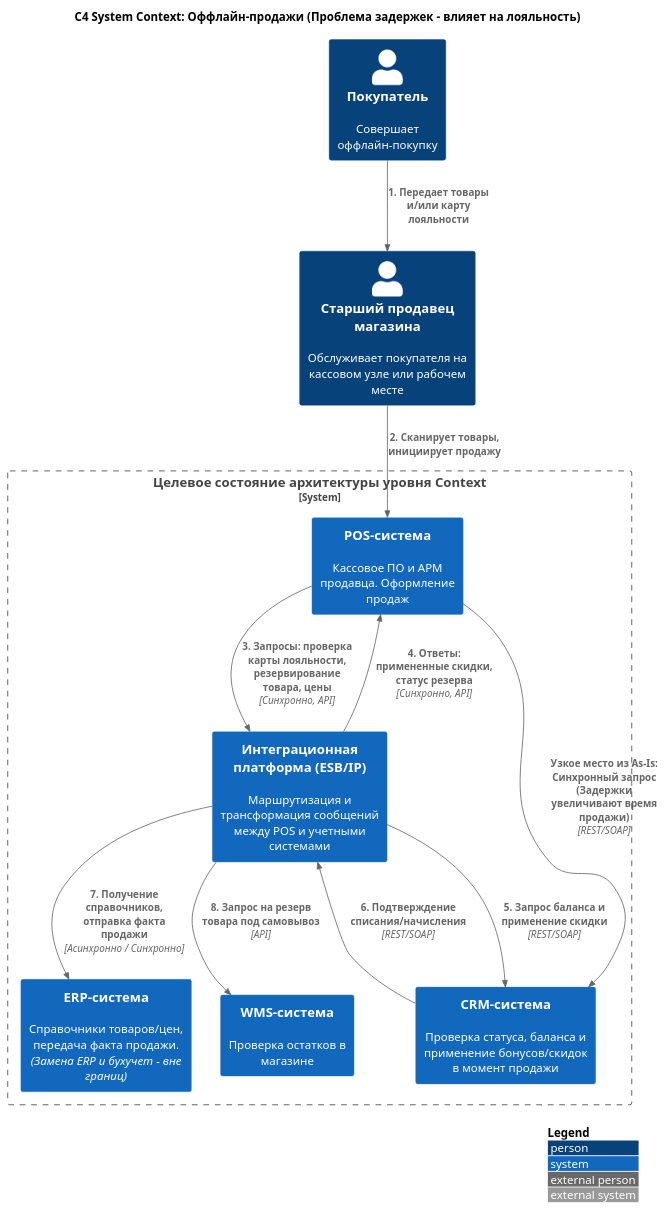
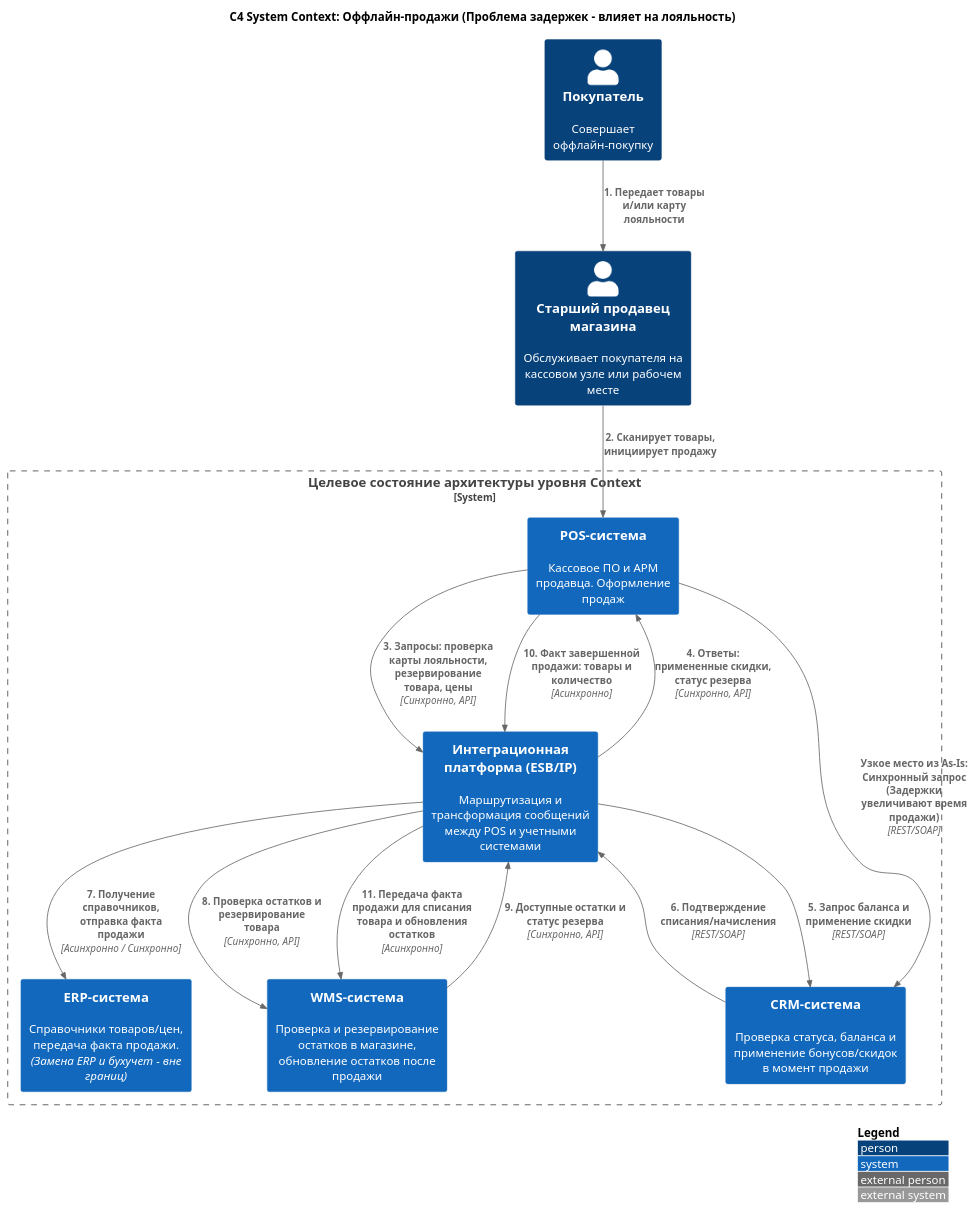
One commit to rsingatulin/hse_architecture changed the diagram in 01_sales_domain/06_Architecture_Models/C4/ContextLevel_to-be.puml. Above: the diagram before and after it, drawn with PlantUML. The commit also changed 1 other file, not shown here.

```diff
--- a/01_sales_domain/06_Architecture_Models/C4/ContextLevel_to-be.puml
+++ b/01_sales_domain/06_Architecture_Models/C4/ContextLevel_to-be.puml
@@ -1,49 +1,54 @@
 @startuml
 !include https://raw.githubusercontent.com/plantuml-stdlib/C4-PlantUML/master/C4_Context.puml
 
 ' Настройки для улучшения читаемости
 LAYOUT_WITH_LEGEND()
 LAYOUT_TOP_DOWN()
 
 title C4 System Context: Оффлайн-продажи (Проблема задержек - влияет на лояльность)
 
 ' Определяем участников диаграммы.
 Person(customer, "Покупатель", "Совершает оффлайн-покупку")
 Person(cashier, "Старший продавец магазина", "Обслуживает покупателя на кассовом узле или рабочем месте")
 
 ' Определяем компоненты (узлы) диаграммы.
 System_Boundary(project_scope, "Целевое состояние архитектуры уровня Context") {
     
     System(pos, "POS-система", "Кассовое ПО и АРМ продавца. Оформление продаж")
     
     System(ip, "Интеграционная платформа (ESB/IP)", "Маршрутизация и трансформация сообщений между POS и учетными системами")
     
     System(crm, "CRM-система", "Проверка статуса, баланса и применение бонусов/скидок в момент продажи")
     
     System(erp, "ERP-система", "Справочники товаров/цен, передача факта продажи. <i>(Замена ERP и бухучет - вне границ)</i>")
-    
-    System(wms, "WMS-система", "Проверка остатков в магазине")
+
+    System(wms, "WMS-система", "Проверка и резервирование остатков в магазине, обновление остатков после продажи")
 }
 
 
 
 ' Определяем связи компонентов (узлов) диаграммы.
 Rel(customer, cashier, "1. Передает товары и/или карту лояльности")
 Rel(cashier, pos, "2. Сканирует товары, инициирует продажу")
 
 ' Интеграции POS через платформу (Согласно п.6 границ проекта)
 Rel(pos, ip, "3. Запросы: проверка карты лояльности, резервирование товара, цены", "Синхронно, API")
 Rel(ip, pos, "4. Ответы: примененные скидки, статус резерва", "Синхронно, API")
 
 ' Взаимодействие платформы с целевыми системами
 Rel(ip, crm, "5. Запрос баланса и применение скидки", "REST/SOAP")
 Rel(crm, ip, "6. Подтверждение списания/начисления", "REST/SOAP")
 
 Rel(ip, erp, "7. Получение справочников, отправка факта продажи", "Асинхронно / Синхронно")
-Rel(ip, wms, "8. Запрос на резерв товара под самовывоз", "API")
+
+Rel(ip, wms, "8. Проверка остатков и резервирование товара", "Синхронно, API")
+Rel(wms, ip, "9. Доступные остатки и статус резерва", "Синхронно, API")
+
+Rel(pos, ip, "10. Факт завершенной продажи: товары и количество", "Асинхронно")
+Rel(ip, wms, "11. Передача факта продажи для списания товара и обновления остатков", "Асинхронно")
 
 ' Проблема из As-Is.
 Rel(pos, crm, "Узкое место из As-Is: Синхронный запрос\n(Задержки увеличивают время продажи)", "REST/SOAP")
 
 
 @enduml
```
